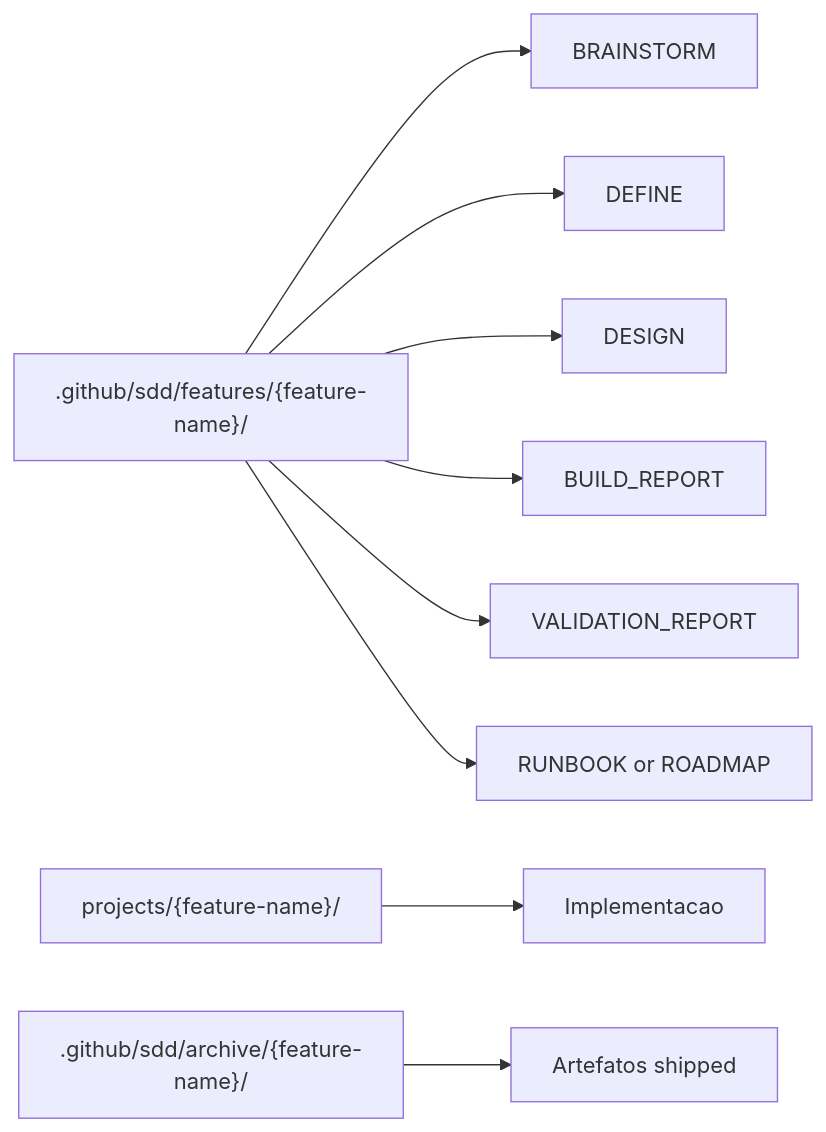
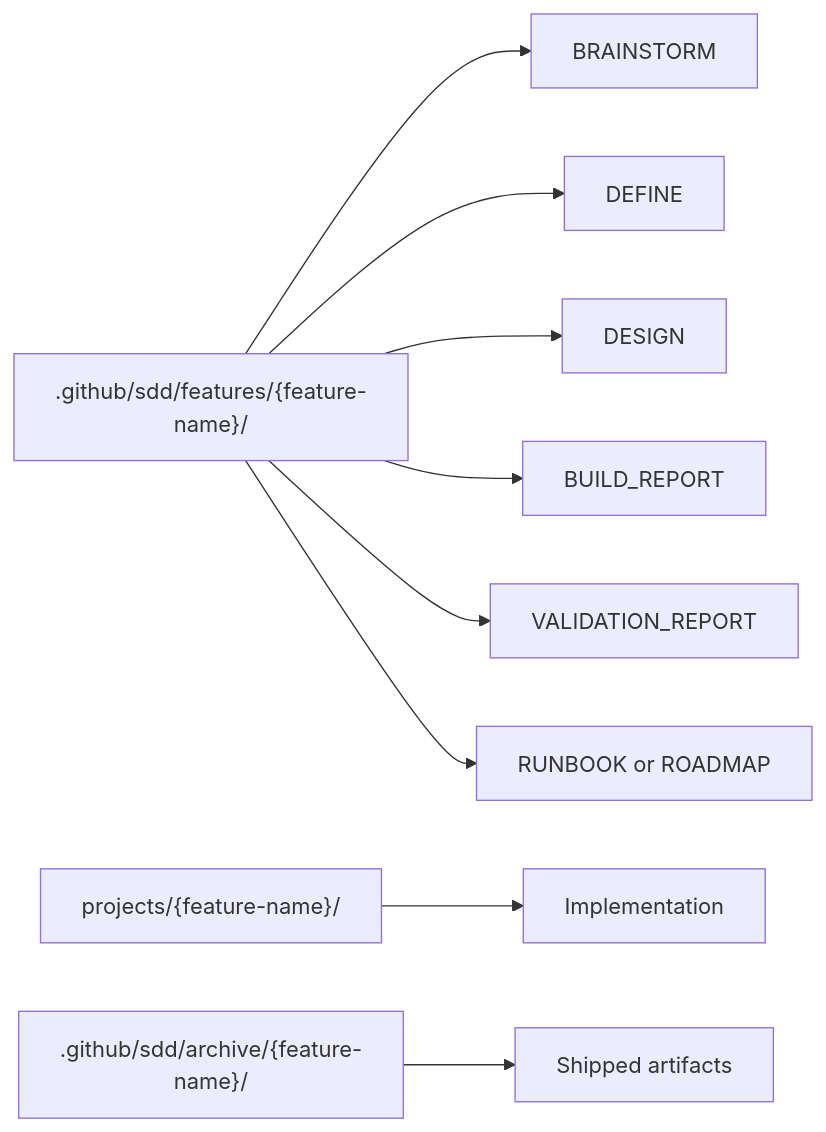
Before and after one commit to Tiao553/sdd-harness-copilot: the second of 3 diagrams in docs/reference/workflow-contracts-architecture.md, drawn with Mermaid. The commit also changed other lines of this file and 19 other files, not shown here.

````diff
--- a/docs/reference/workflow-contracts-architecture.md
+++ b/docs/reference/workflow-contracts-architecture.md
@@ -42,11 +42,11 @@
 ```mermaid
 flowchart LR
     A[".github/sdd/features/{feature-name}/"] --> B["BRAINSTORM"]
     A --> C["DEFINE"]
     A --> D["DESIGN"]
     A --> E["BUILD_REPORT"]
     A --> F["VALIDATION_REPORT"]
     A --> G["RUNBOOK or ROADMAP"]
-    H["projects/{feature-name}/"] --> I["Implementacao"]
-    J[".github/sdd/archive/{feature-name}/"] --> K["Artefatos shipped"]
+    H["projects/{feature-name}/"] --> I["Implementation"]
+    J[".github/sdd/archive/{feature-name}/"] --> K["Shipped artifacts"]
 ```
````
